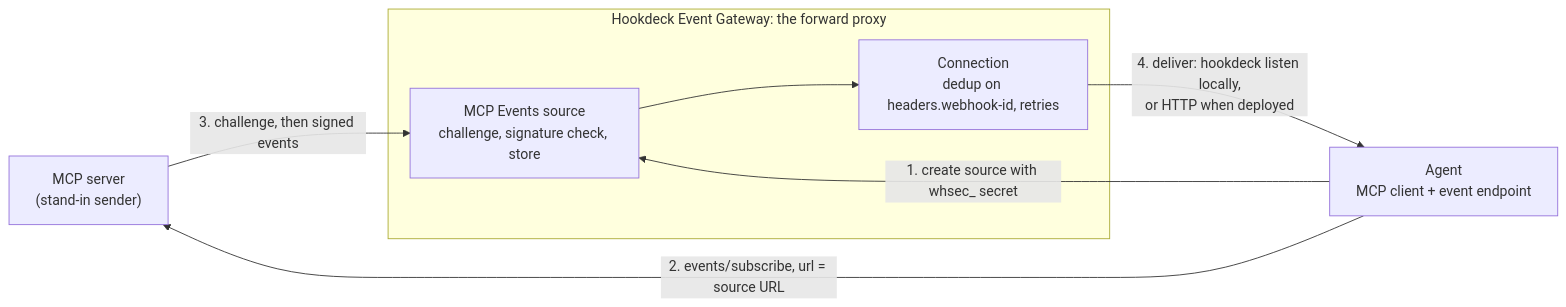
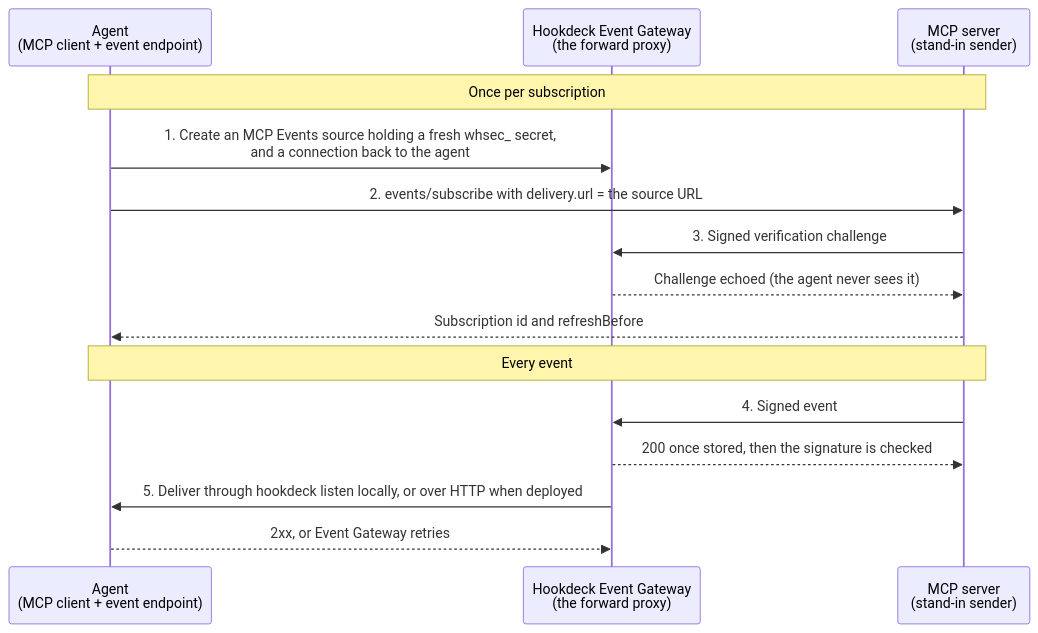
One commit to hookdeck/hookdeck-demos changed the diagram in hookdeck/mcp-events-receive/README.md. Above: the diagram before and after it, drawn with Mermaid. The commit also changed other lines of this file and 1 other file, not shown here.

Commit message:
docs(mcp-events-receive): draw the forward proxy between the agent and the server
The flowcharts ranked the MCP server between the agent and Event Gateway,
because the agent has edges to both. Sequence diagrams keep the declared
order (agent, proxy, server) and show the steps in time order. The README
steps now separate answering the challenge from storing and verifying
events, and say Event Gateway answers 200 once stored and verifies after.

````diff
--- a/hookdeck/mcp-events-receive/README.md
+++ b/hookdeck/mcp-events-receive/README.md
@@ -9,14 +9,17 @@
 ```mermaid
-flowchart LR
-    SRV["MCP server<br>(stand-in sender)"]
-    subgraph EG["Hookdeck Event Gateway: the forward proxy"]
-        SRC["MCP Events source<br>challenge, signature check, store"]
-        CON["Connection<br>dedup on headers.webhook-id, retries"]
-        SRC --> CON
-    end
-    AG["Agent<br>MCP client + event endpoint"]
-    AG -- "1. create source with whsec_ secret" --> SRC
-    AG -- "2. events/subscribe, url = source URL" --> SRV
-    SRV -- "3. challenge, then signed events" --> SRC
-    CON -- "4. deliver: hookdeck listen locally,<br>or HTTP when deployed" --> AG
+sequenceDiagram
+    participant A as Agent<br>(MCP client + event endpoint)
+    participant P as Hookdeck Event Gateway<br>(the forward proxy)
+    participant S as MCP server<br>(stand-in sender)
+    Note over A,S: Once per subscription
+    A->>P: 1. Create an MCP Events source holding a fresh whsec_ secret,<br>and a connection back to the agent
+    A->>S: 2. events/subscribe with delivery.url = the source URL
+    S->>P: 3. Signed verification challenge
+    P-->>S: Challenge echoed (the agent never sees it)
+    S-->>A: Subscription id and refreshBefore
+    Note over A,S: Every event
+    S->>P: 4. Signed event
+    P-->>S: 200 once stored, then the signature is checked
+    P->>A: 5. Deliver through hookdeck listen locally, or over HTTP when deployed
+    A-->>P: 2xx, or Event Gateway retries
 ```
````
